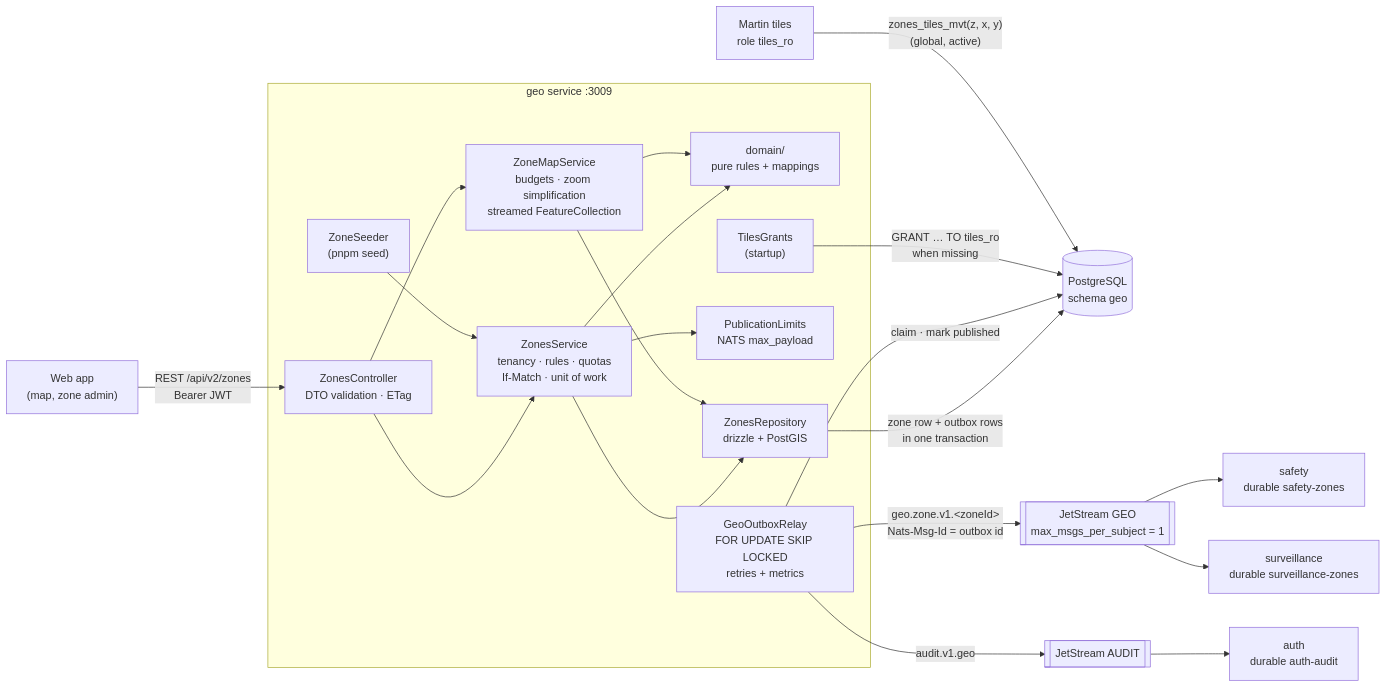
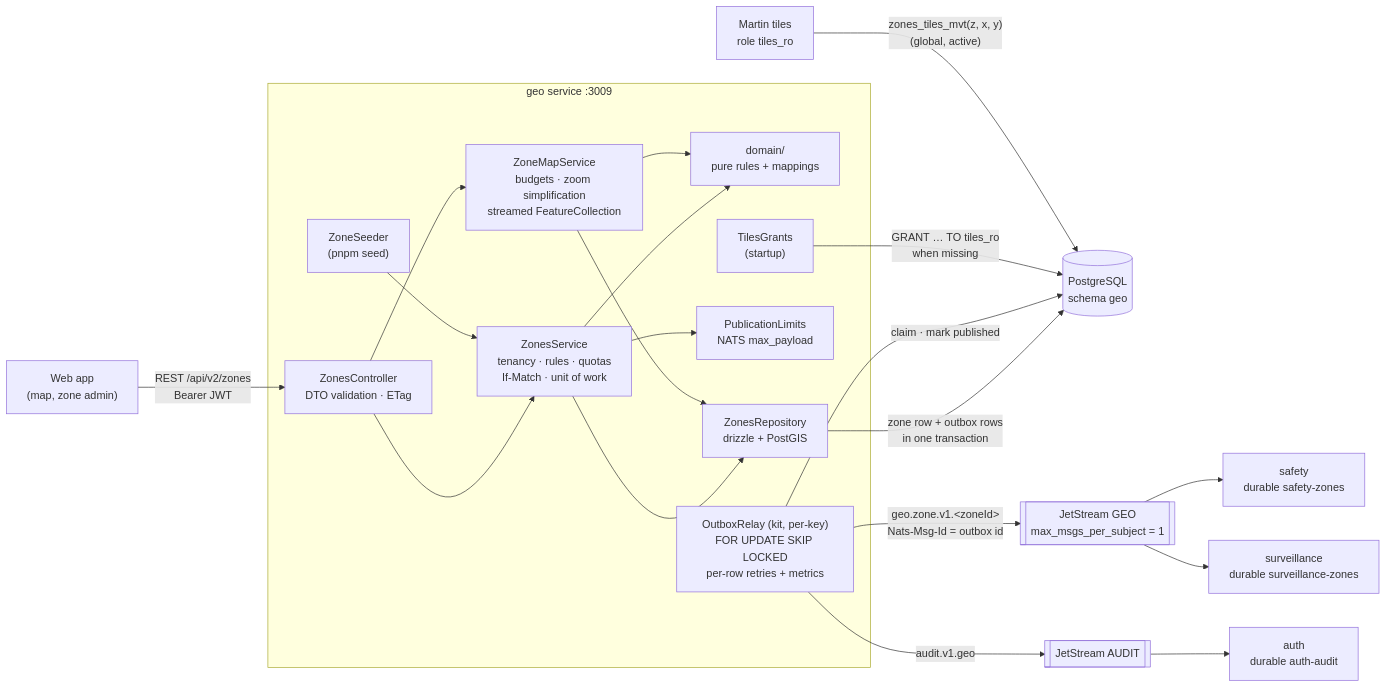
Before and after one commit to DarmawanWeb/ais-its-geo-service: the diagram in README.md, drawn with Mermaid. The commit also changed other lines of this file and 47 other files, not shown here.

````diff
--- a/README.md
+++ b/README.md
@@ -45,25 +50,25 @@
 ```mermaid
 flowchart LR
   web["Web app<br/>(map, zone admin)"] -->|"REST /api/v2/zones<br/>Bearer JWT"| ctl
   subgraph geo["geo service :3009"]
     ctl["ZonesController<br/>DTO validation · ETag"] --> svc["ZonesService<br/>tenancy · rules · quotas<br/>If-Match · unit of work"]
     ctl --> map["ZoneMapService<br/>budgets · zoom simplification<br/>streamed FeatureCollection"]
     seeder["ZoneSeeder<br/>(pnpm seed)"] --> svc
     svc --> dom["domain/<br/>pure rules + mappings"]
     map --> dom
     svc --> repo["ZonesRepository<br/>drizzle + PostGIS"]
     map --> repo
     svc --> limits["PublicationLimits<br/>NATS max_payload"]
-    relay["GeoOutboxRelay<br/>FOR UPDATE SKIP LOCKED<br/>retries + metrics"]
+    relay["OutboxRelay (kit, per-key)<br/>FOR UPDATE SKIP LOCKED<br/>per-row retries + metrics"]
     grants["TilesGrants<br/>(startup)"]
   end
   repo -->|"zone row + outbox rows<br/>in one transaction"| pg[("PostgreSQL<br/>schema geo")]
   relay -->|"claim · mark published"| pg
   relay -->|"geo.zone.v1.&lt;zoneId&gt;<br/>Nats-Msg-Id = outbox id"| GEO[["JetStream GEO<br/>max_msgs_per_subject = 1"]]
   relay -->|"audit.v1.geo"| AUDIT[["JetStream AUDIT"]]
   GEO --> safety["safety<br/>durable safety-zones"]
   GEO --> surveillance["surveillance<br/>durable surveillance-zones"]
   AUDIT --> auth["auth<br/>durable auth-audit"]
   grants -->|"GRANT … TO tiles_ro<br/>when missing"| pg
   martin["Martin tiles<br/>role tiles_ro"] -->|"zones_tiles_mvt(z, x, y)<br/>(global, active)"| pg
 ```
````
